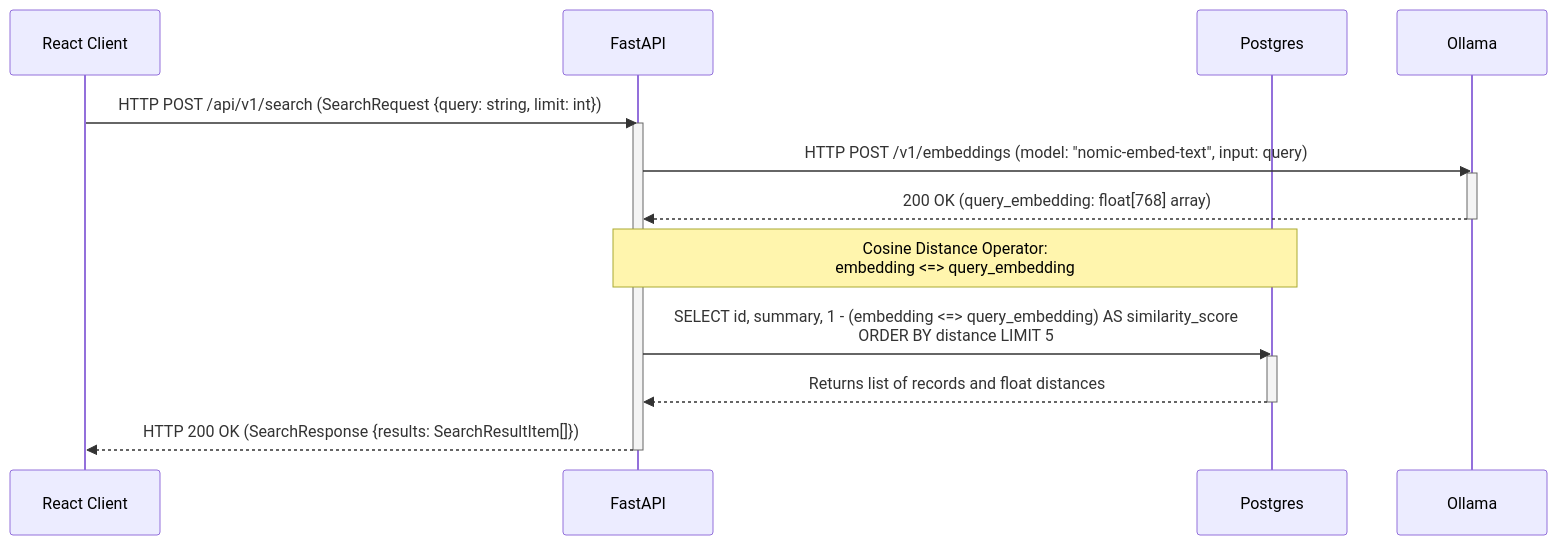
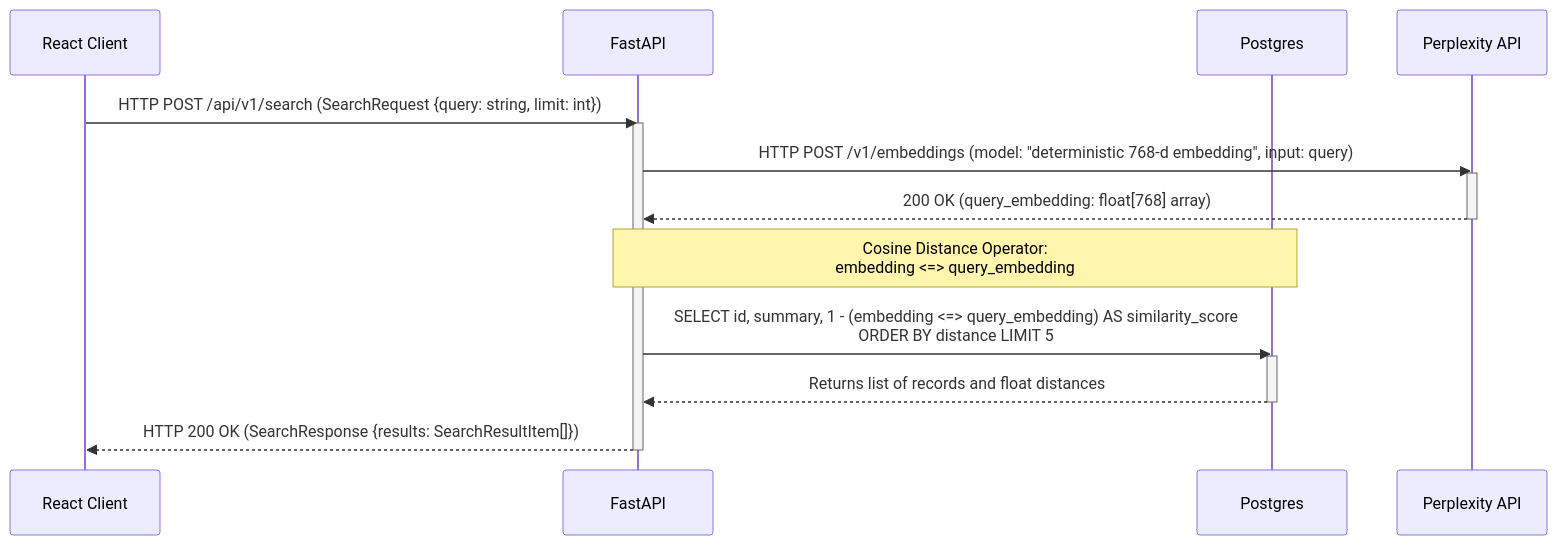
One commit to DontSpillTheTea/ShizenAI changed the third of 3 diagrams in docs/phase1_architecture.md. Above: the diagram before and after it, drawn with Mermaid. The commit also changed other lines of this file and 16 other files, not shown here.

First line of the commit message:
refactor(runtime): remove all Ollama dependencies and standardize on Perplexity

````diff
--- a/docs/phase1_architecture.md
+++ b/docs/phase1_architecture.md
@@ -78,24 +78,24 @@
 ```mermaid
 sequenceDiagram
     participant UI as React Client
     participant API as FastAPI
     participant DB as Postgres
-    participant LLM as Ollama
+    participant LLM as Perplexity API
 
     UI->>API: HTTP POST /api/v1/search (SearchRequest {query: string, limit: int})
     activate API
     
-    API->>LLM: HTTP POST /v1/embeddings (model: "nomic-embed-text", input: query)
+    API->>LLM: HTTP POST /v1/embeddings (model: "deterministic 768-d embedding", input: query)
     activate LLM
     LLM-->>API: 200 OK (query_embedding: float[768] array)
     deactivate LLM
     
     Note over API, DB: Cosine Distance Operator: <br/> embedding <=> query_embedding
     API->>DB: SELECT id, summary, 1 - (embedding <=> query_embedding) AS similarity_score <br/>ORDER BY distance LIMIT 5
     activate DB
     DB-->>API: Returns list of records and float distances
     deactivate DB
     
     API-->>UI: HTTP 200 OK (SearchResponse {results: SearchResultItem[]})
     deactivate API
 ```
````
